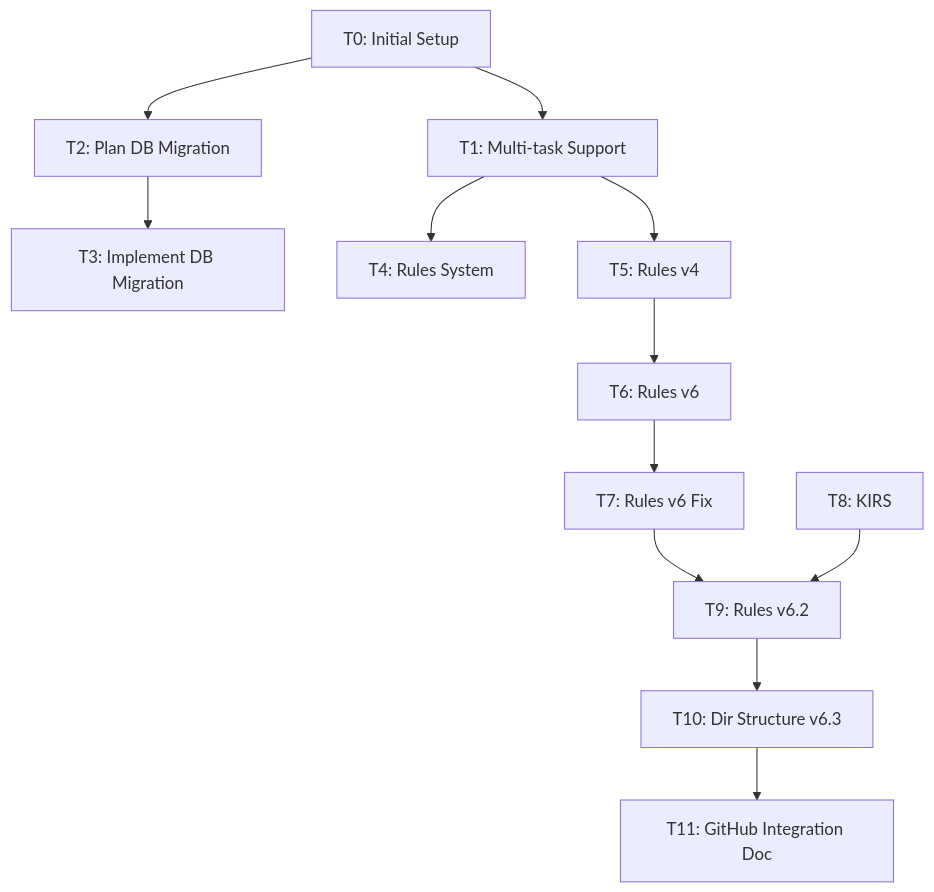
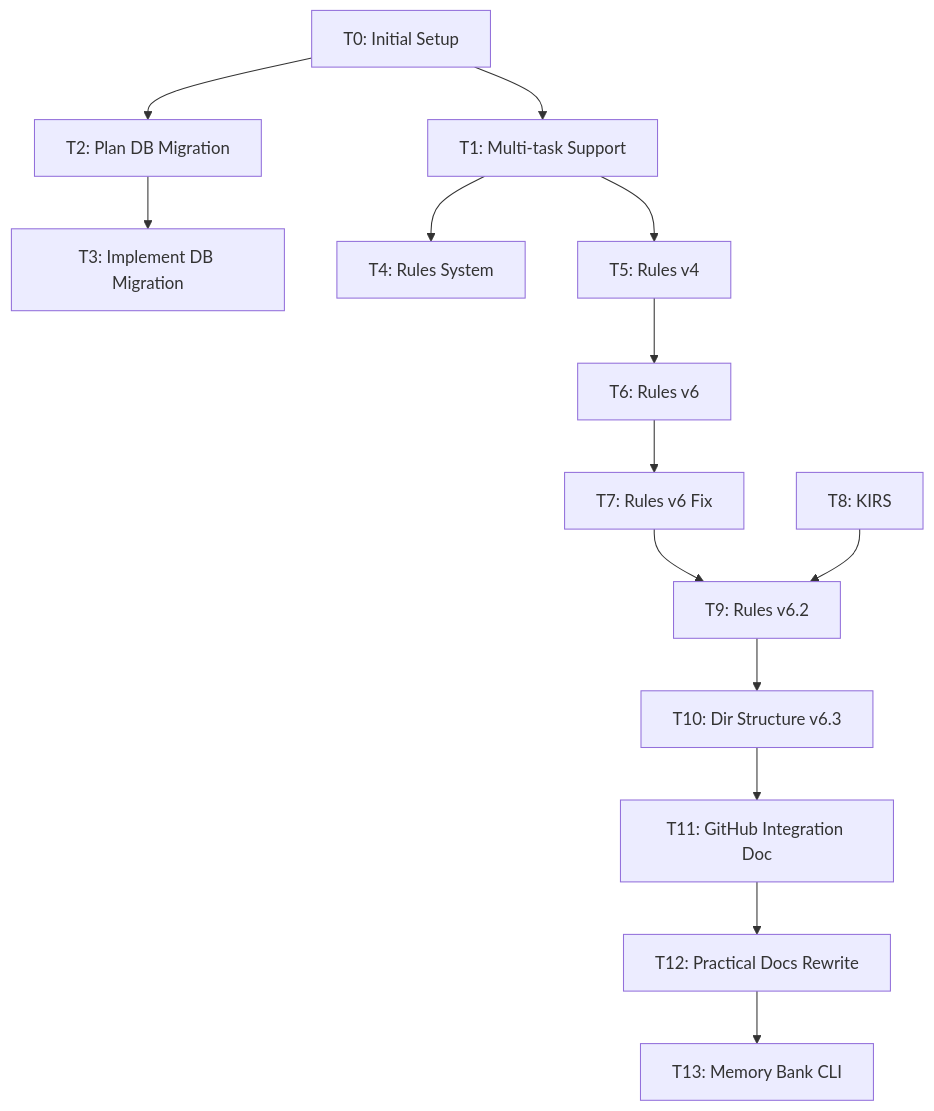
One commit to space-cadet/memory-bank changed the diagram in memory-bank/tasks.md. Above: the diagram before and after it, drawn with Mermaid. The commit also changed other lines of this file and 13 other files, not shown here.

First line of the commit message:
feat: Add tasks T12 and T13 for documentation rewrite and CLI implementation

````diff
--- a/memory-bank/tasks.md
+++ b/memory-bank/tasks.md
@@ -35,27 +37,31 @@
 ```mermaid
 graph TD
     T0[T0: Initial Setup]
     T1[T1: Multi-task Support]
     T2[T2: Plan DB Migration]
     T3[T3: Implement DB Migration]
     T4[T4: Rules System]
     T5[T5: Rules v4]
     T6[T6: Rules v6]
     T7[T7: Rules v6 Fix]
     T8[T8: KIRS]
     T9[T9: Rules v6.2]
     T10[T10: Dir Structure v6.3]
     T11[T11: GitHub Integration Doc]
+    T12[T12: Practical Docs Rewrite]
+    T13[T13: Memory Bank CLI]
 
     T0 --> T1
+    T11 --> T12
+    T12 --> T13
     T0 --> T2
     T2 --> T3
     T1 --> T4
     T1 --> T5
     T5 --> T6
     T6 --> T7
     T7 --> T9
     T8 --> T9
     T9 --> T10
     T10 --> T11
 ```
````
